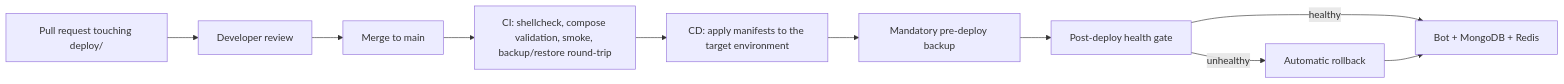
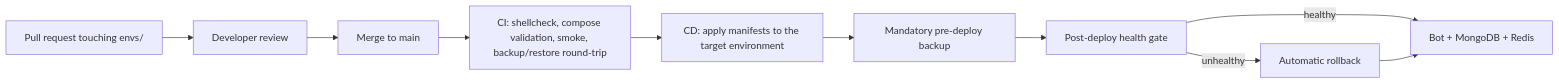
Before and after one commit to merlin-pinpin-org/kingdoms-infra: the diagram in docs/GITOPS.md, drawn with Mermaid. The commit also changed other lines of this file and 6 other files, not shown here.

First line of the commit message:
docs: align deployment docs with envs/, /deploy and the live prod flow (#76)

````diff
--- a/docs/GITOPS.md
+++ b/docs/GITOPS.md
@@ -22,12 +23,12 @@
 ```mermaid
 flowchart LR
-    PR["Pull request touching deploy/"] --> REVIEW["Developer review"]
+    PR["Pull request touching envs/"] --> REVIEW["Developer review"]
     REVIEW --> MERGE["Merge to main"]
     MERGE --> CI["CI: shellcheck, compose validation, smoke, backup/restore round-trip"]
     CI --> CD["CD: apply manifests to the target environment"]
     CD --> BACKUP["Mandatory pre-deploy backup"]
     BACKUP --> GATE["Post-deploy health gate"]
     GATE -->|"healthy"| STACK["Bot + MongoDB + Redis"]
     GATE -->|"unhealthy"| ROLLBACK["Automatic rollback"]
     ROLLBACK --> STACK
 ```
````
